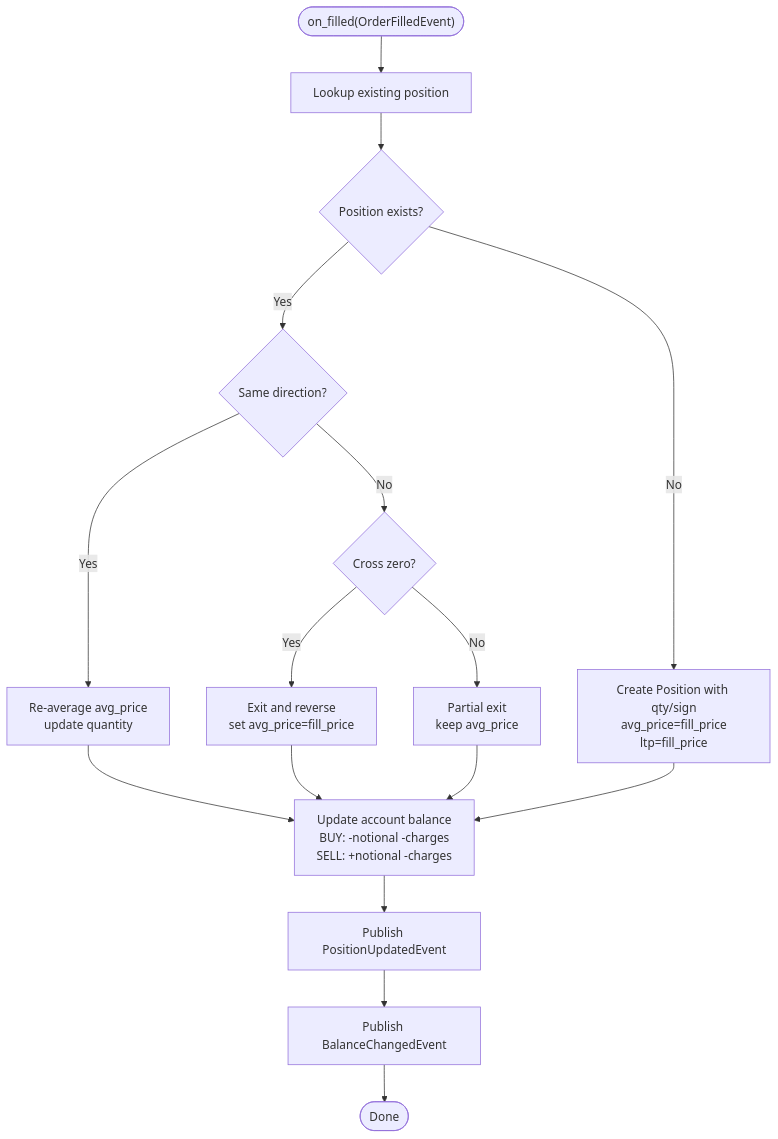
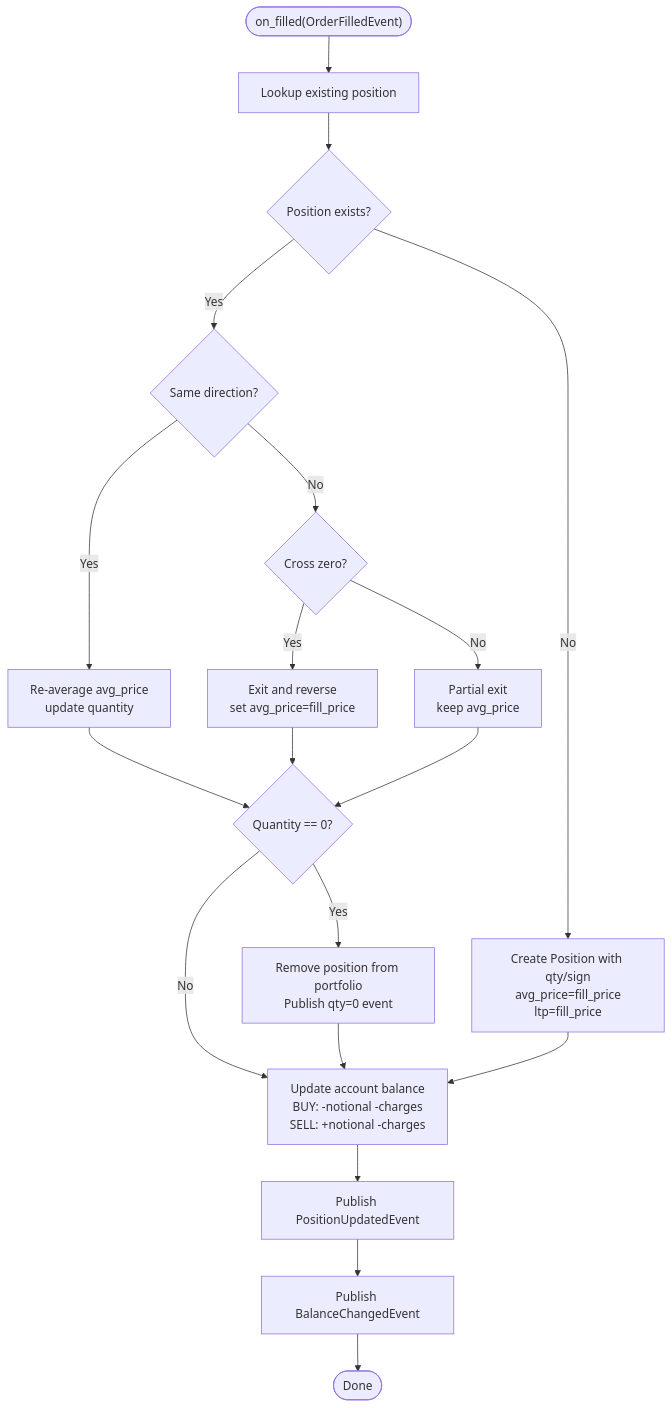
The third of 8 diagrams in .qoder/repowiki/en/content/Architecture Overview/Event-Driven Trading Kernel/Event Types Hierarchy/Portfolio Events.md (Ganesh-Kusundal/nTrade), drawn with Mermaid before and after one commit. The commit also changed other lines of this file and 203 other files, not shown here.

````diff
--- a/.qoder/repowiki/en/content/Architecture Overview/Event-Driven Trading Kernel/Event Types Hierarchy/Portfolio Events.md
+++ b/.qoder/repowiki/en/content/Architecture Overview/Event-Driven Trading Kernel/Event Types Hierarchy/Portfolio Events.md
@@ -150,18 +159,21 @@
 ```mermaid
 flowchart TD
 Start(["on_filled(OrderFilledEvent)"]) --> Lookup["Lookup existing position"]
 Lookup --> Exists{"Position exists?"}
 Exists -- No --> Create["Create Position with qty/sign<br/>avg_price=fill_price<br/>ltp=fill_price"]
 Exists -- Yes --> Direction{"Same direction?"}
 Direction -- Yes --> Average["Re-average avg_price<br/>update quantity"]
 Direction -- No --> Cross{"Cross zero?"}
 Cross -- Yes --> Reverse["Exit and reverse<br/>set avg_price=fill_price"]
 Cross -- No --> Partial["Partial exit<br/>keep avg_price"]
-Average --> UpdateCash["Update account balance<br/>BUY: -notional -charges<br/>SELL: +notional -charges"]
-Reverse --> UpdateCash
-Partial --> UpdateCash
+Average --> CheckZero{"Quantity == 0?"}
+Reverse --> CheckZero
+Partial --> CheckZero
+CheckZero -- Yes --> RemovePos["Remove position from portfolio<br/>Publish qty=0 event"]
+CheckZero -- No --> UpdateCash["Update account balance<br/>BUY: -notional -charges<br/>SELL: +notional -charges"]
+RemovePos --> UpdateCash
 Create --> UpdateCash
 UpdateCash --> EmitPos["Publish PositionUpdatedEvent"]
 EmitPos --> EmitBal["Publish BalanceChangedEvent"]
 EmitBal --> End(["Done"])
 ```
````
